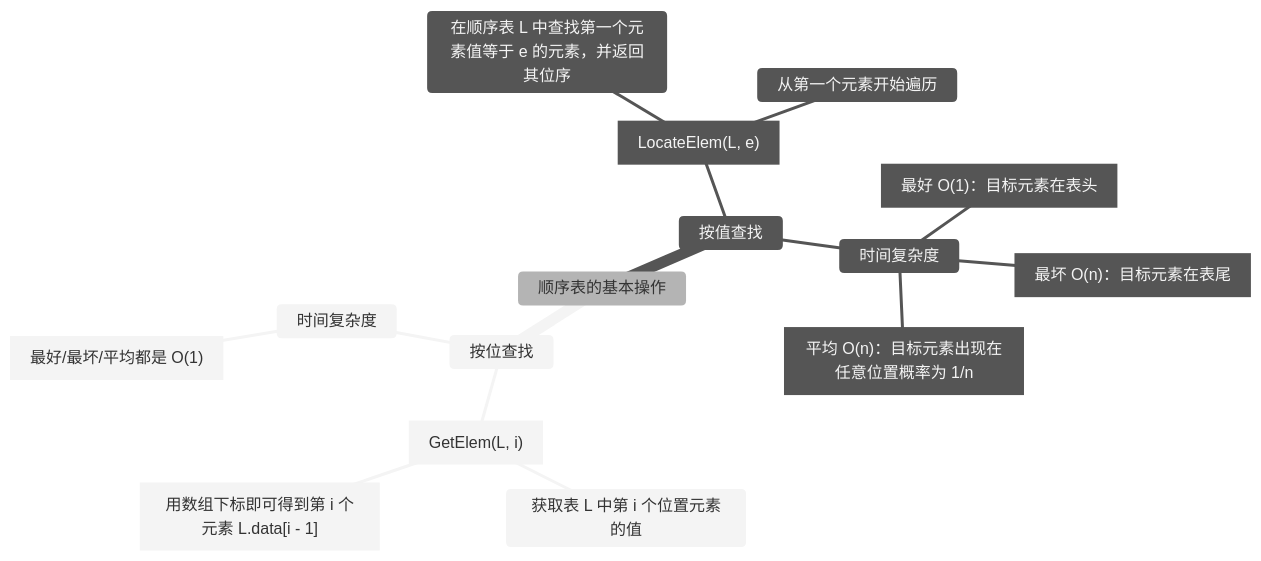
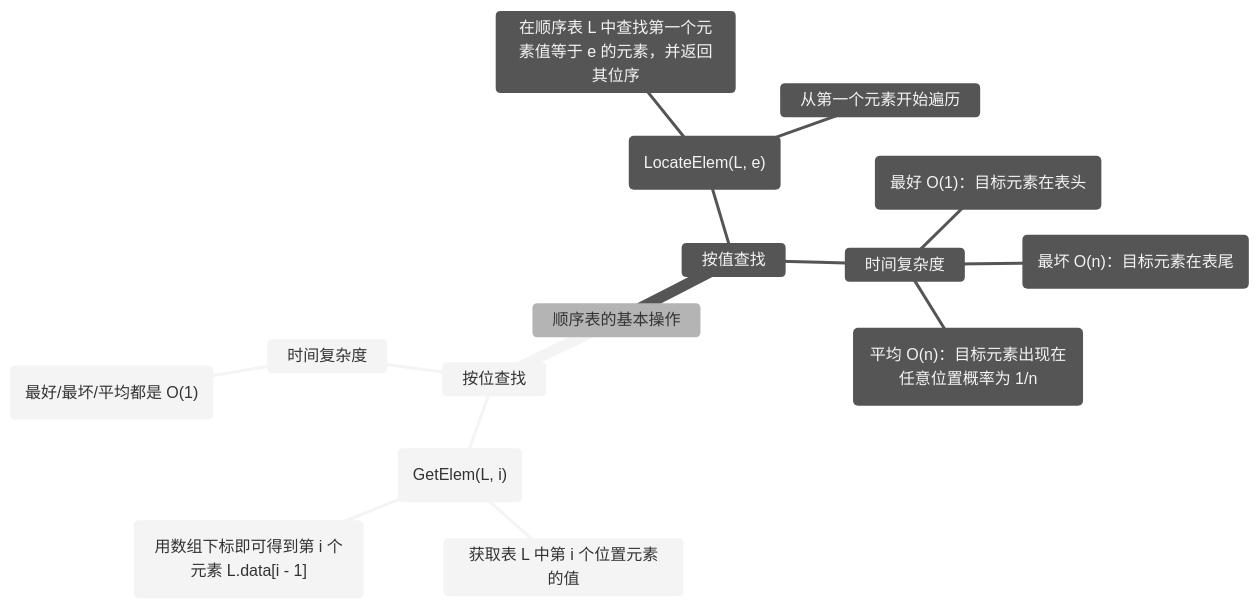
One commit to novpath/Data-Structure changed diagram 11 of 15 in 数据结构.md. Above: the diagram before and after it, drawn with Mermaid (neutral theme). The commit also changed other lines of this file and 11 other files, not shown here.

````diff
--- a/数据结构.md
+++ b/数据结构.md
@@ -1664,18 +1664,18 @@
 ```mermaid
 mindmap
     顺序表的基本操作
         按位查找
-            ["GetElem(L, i)"]
+            ("GetElem(L, i)")
                 获取表 L 中第 i 个位置元素的值
-                ["用数组下标即可得到第 i 个元素 L.data[i - 1]"]
+                ("用数组下标即可得到第 i 个元素 L.data[i - 1]")
             时间复杂度
-                ["最好/最坏/平均都是 O(1)"]
+                ("最好/最坏/平均都是 O(1)")
         按值查找
-            ["LocateElem(L, e)"]
+            ("LocateElem(L, e)")
                 在顺序表 L 中查找第一个元素值等于 e 的元素，并返回其位序
                 从第一个元素开始遍历
             时间复杂度
-                ["最好 O(1)：目标元素在表头"]
-                ["最坏 O(n)：目标元素在表尾"]
-                ["平均 O(n)：目标元素出现在任意位置概率为 1/n"]
+                ("最好 O(1)：目标元素在表头")
+                ("最坏 O(n)：目标元素在表尾")
+                ("平均 O(n)：目标元素出现在任意位置概率为 1/n")
 ```
````
